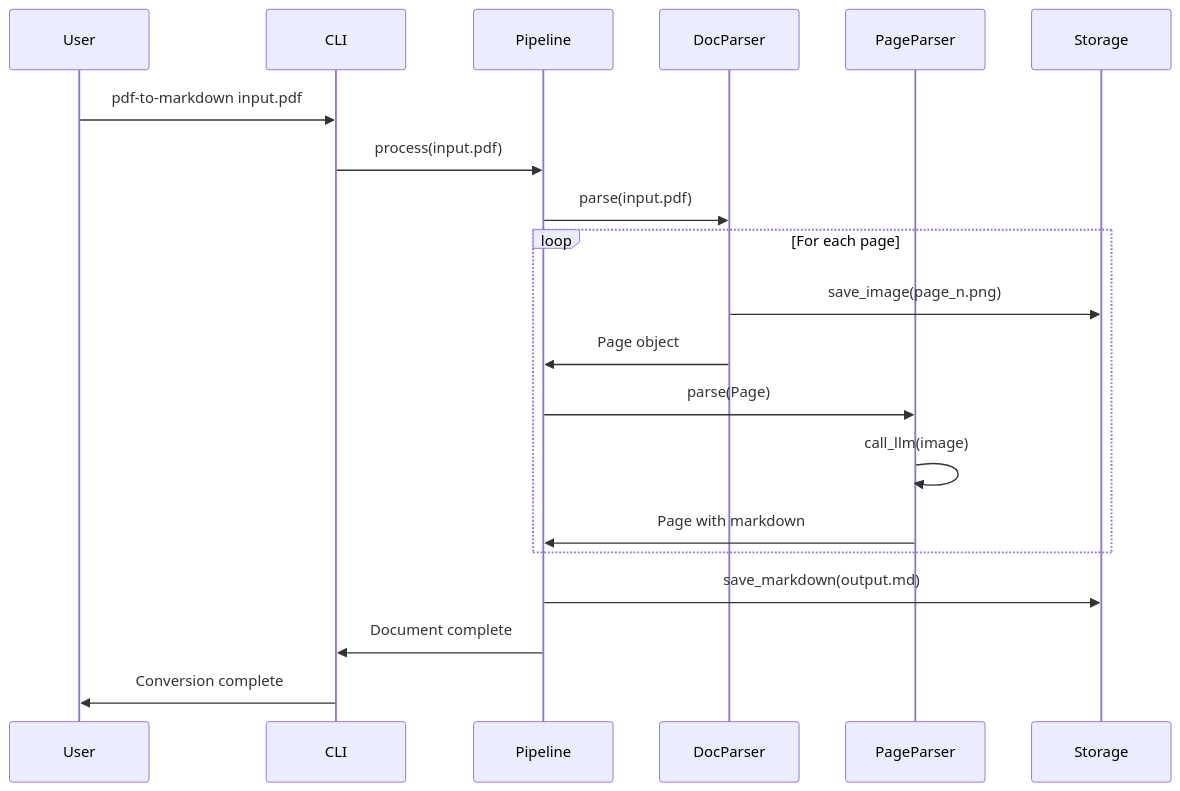
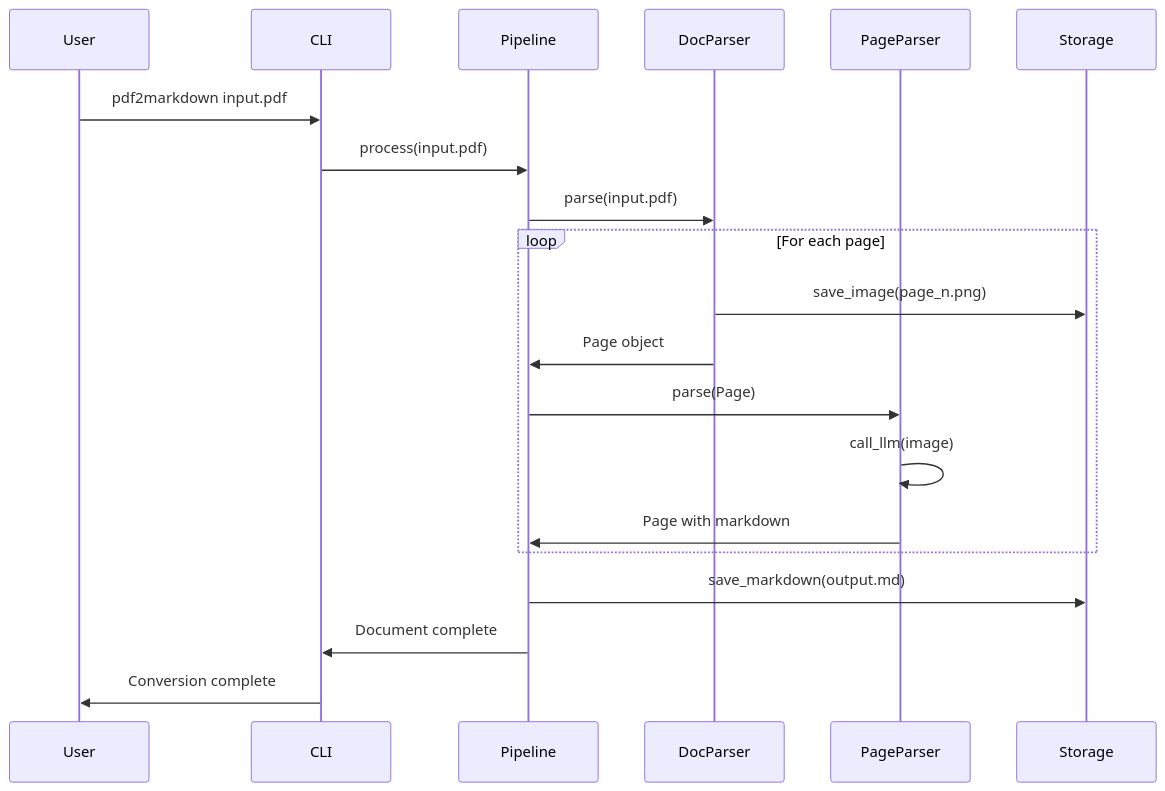
Before and after one commit to juanqui/pdf2markdown: the fourth of 5 diagrams in docs/lld.md, drawn with Mermaid. The commit also changed other lines of this file and 89 other files, not shown here.

````diff
--- a/docs/lld.md
+++ b/docs/lld.md
@@ -598,25 +598,25 @@
 ```mermaid
 sequenceDiagram
     participant User
     participant CLI
     participant Pipeline
     participant DocParser
     participant PageParser
     participant Storage
     
-    User->>CLI: pdf-to-markdown input.pdf
+    User->>CLI: pdf2markdown input.pdf
     CLI->>Pipeline: process(input.pdf)
     Pipeline->>DocParser: parse(input.pdf)
     
     loop For each page
         DocParser->>Storage: save_image(page_n.png)
         DocParser->>Pipeline: Page object
         Pipeline->>PageParser: parse(Page)
         PageParser->>PageParser: call_llm(image)
         PageParser->>Pipeline: Page with markdown
     end
     
     Pipeline->>Storage: save_markdown(output.md)
     Pipeline->>CLI: Document complete
     CLI->>User: Conversion complete
 ```
````
